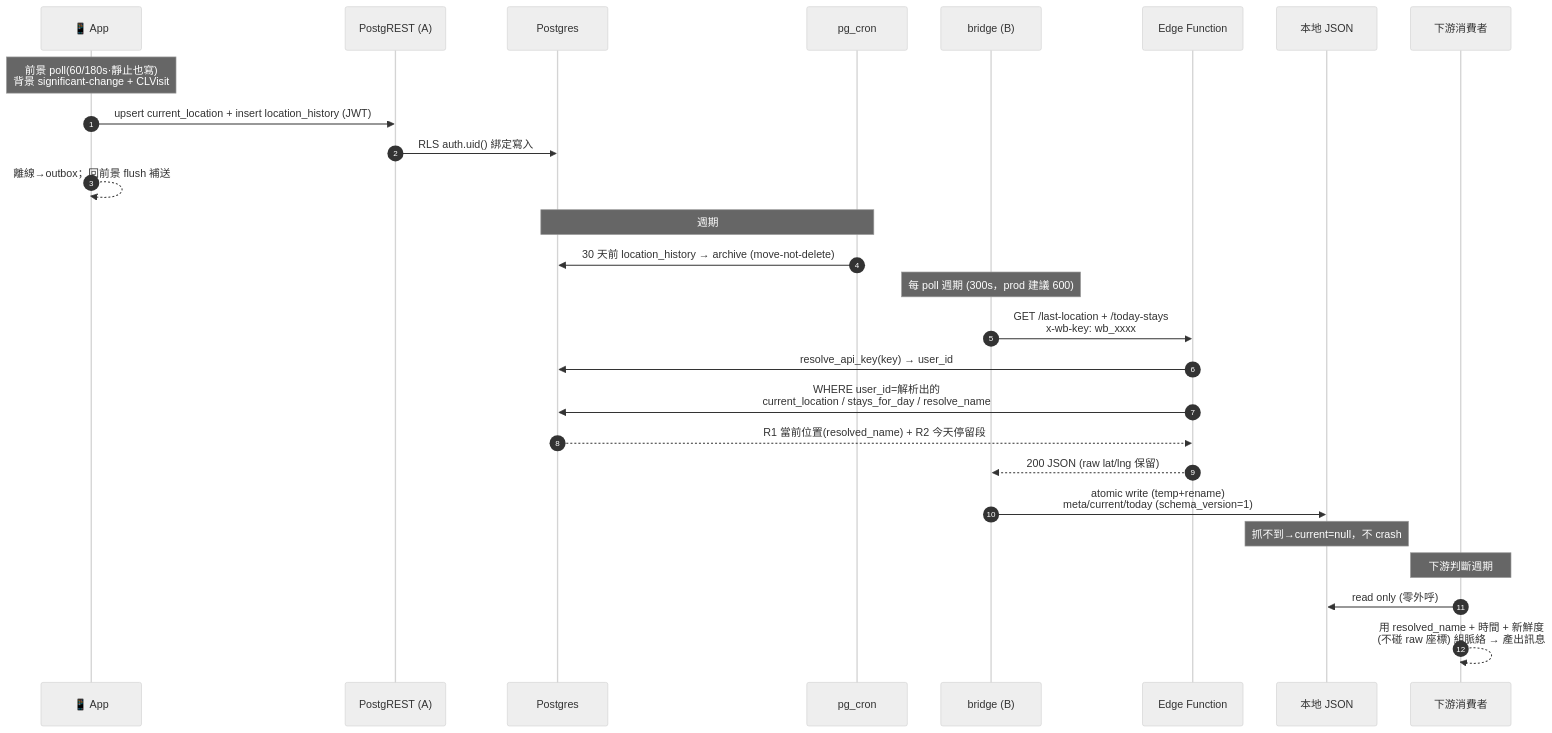
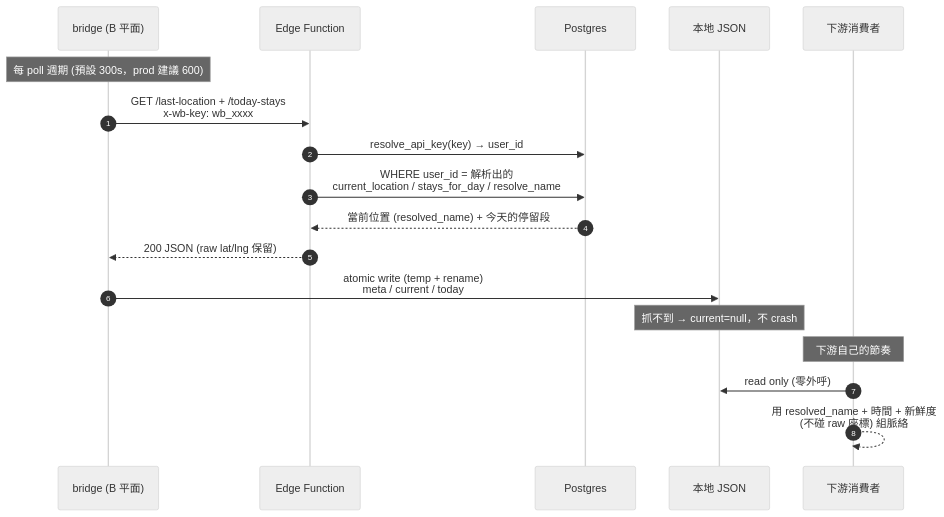
Before and after one commit to KerberosClaw/kc_wherebear_oss: the sixth of 9 diagrams in docs/ARCHITECTURE.md, drawn with Mermaid (neutral theme). The commit also changed other lines of this file and 6 other files, not shown here.

First line of the commit message:
docs+chore: 端到端資料流拆成三段五圖 + pre-push 擴成三關 (#4)

````diff
--- a/docs/ARCHITECTURE.md
+++ b/docs/ARCHITECTURE.md
@@ -228,33 +258,22 @@
 ```mermaid
 sequenceDiagram
     autonumber
-    participant P as 📱 App
-    participant R as PostgREST (A)
+    participant B as bridge (B 平面)
+    participant EF as Edge Function
     participant DB as Postgres
-    participant CR as pg_cron
-    participant B as bridge (B)
-    participant EF as Edge Function
     participant J as 本地 JSON
     participant AG as 下游消費者
 
-    Note over P: 前景 poll(60/180s·靜止也寫)<br/>背景 significant-change + CLVisit
-    P->>R: upsert current_location + insert location_history (JWT)
-    R->>DB: RLS auth.uid() 綁定寫入
-    P-->>P: 離線→outbox；回前景 flush 補送
-
-    Note over CR,DB: 週期
-    CR->>DB: 30 天前 location_history → archive (move-not-delete)
-
-    Note over B: 每 poll 週期 (300s，prod 建議 600)
+    Note over B: 每 poll 週期 (預設 300s，prod 建議 600)
     B->>EF: GET /last-location + /today-stays<br/>x-wb-key: wb_xxxx
     EF->>DB: resolve_api_key(key) → user_id
-    EF->>DB: WHERE user_id=解析出的<br/>current_location / stays_for_day / resolve_name
-    DB-->>EF: R1 當前位置(resolved_name) + R2 今天停留段
+    EF->>DB: WHERE user_id = 解析出的<br/>current_location / stays_for_day / resolve_name
+    DB-->>EF: 當前位置 (resolved_name) + 今天的停留段
     EF-->>B: 200 JSON (raw lat/lng 保留)
-    B->>J: atomic write (temp+rename)<br/>meta/current/today (schema_version=1)
-    Note over J: 抓不到→current=null，不 crash
+    B->>J: atomic write (temp + rename)<br/>meta / current / today
+    Note over J: 抓不到 → current=null，不 crash
 
-    Note over AG: 下游判斷週期
+    Note over AG: 下游自己的節奏
     AG->>J: read only (零外呼)
-    AG-->>AG: 用 resolved_name + 時間 + 新鮮度<br/>(不碰 raw 座標) 組脈絡 → 產出訊息
+    AG-->>AG: 用 resolved_name + 時間 + 新鮮度<br/>(不碰 raw 座標) 組脈絡
 ```
````
